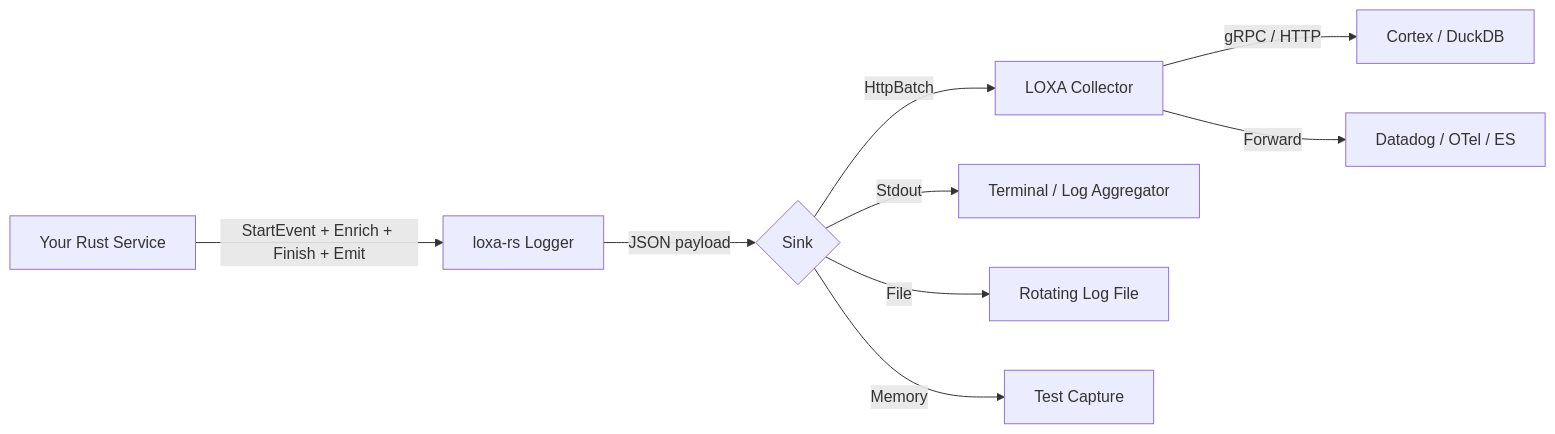
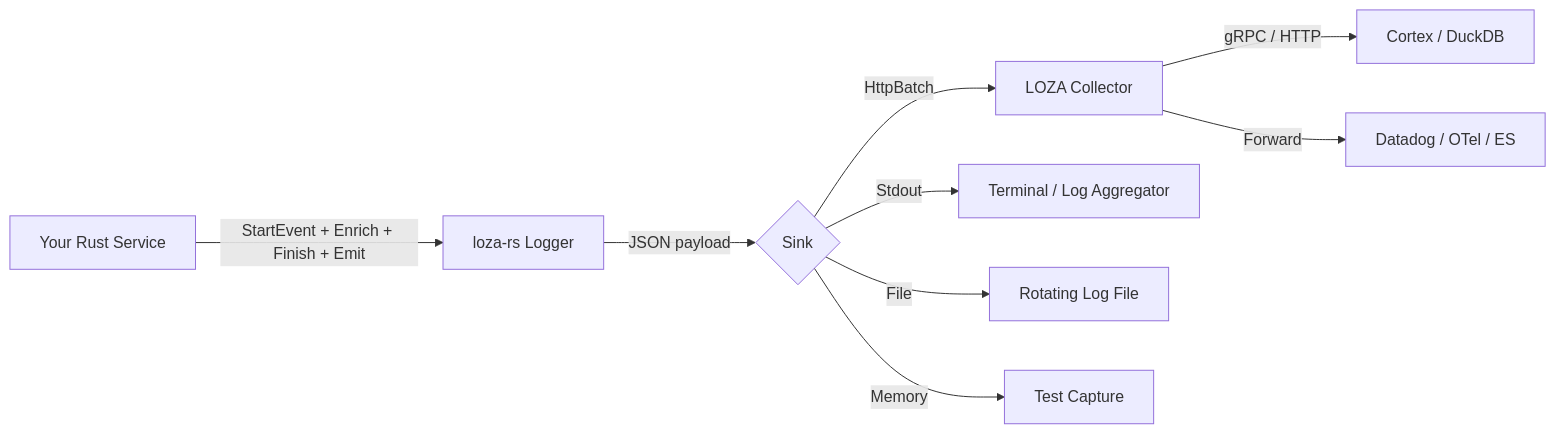
Before and after one commit to Astraive/loxa: the first of 2 diagrams in sdks/rs/docs/instrumentation.md, drawn with Mermaid. The commit also changed other lines of this file and 1108 other files, not shown here.

````diff
--- a/sdks/rs/docs/instrumentation.md
+++ b/sdks/rs/docs/instrumentation.md
@@ -67,11 +67,11 @@
 ```mermaid
 flowchart LR
-    A[Your Rust Service] -->|StartEvent + Enrich + Finish + Emit| B[loxa-rs Logger]
+    A[Your Rust Service] -->|StartEvent + Enrich + Finish + Emit| B[loza-rs Logger]
     B -->|JSON payload| C{Sink}
-    C -->|HttpBatch| D[LOXA Collector]
+    C -->|HttpBatch| D[LOZA Collector]
     C -->|Stdout| E[Terminal / Log Aggregator]
     C -->|File| F[Rotating Log File]
     C -->|Memory| G[Test Capture]
     D -->|gRPC / HTTP| H[Cortex / DuckDB]
     D -->|Forward| I[Datadog / OTel / ES]
 ```
````
